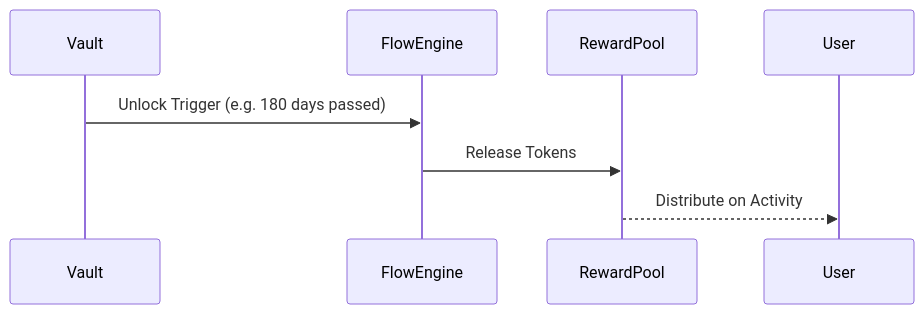
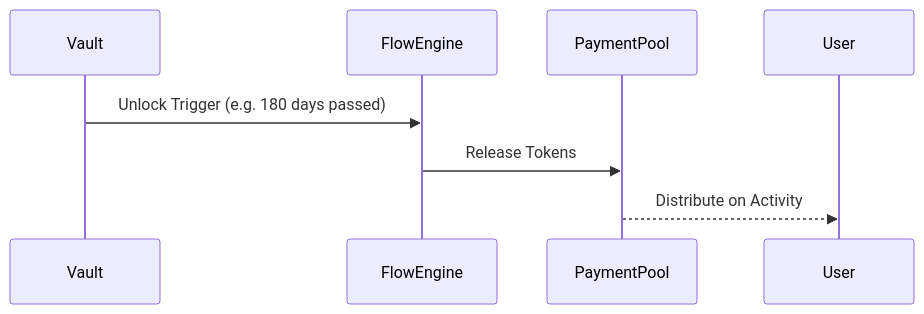
Before and after one commit to Aros-Technology-Studio/AST-Aros-Financial-Paradigm: the diagram in 04_aros_value_circulation/aroscoin_internal_flow.md, drawn with Mermaid. The commit also changed other lines of this file and 29 other files, not shown here.

````diff
--- a/04_aros_value_circulation/aroscoin_internal_flow.md
+++ b/04_aros_value_circulation/aroscoin_internal_flow.md
@@ -45,11 +45,11 @@
 ```mermaid
 sequenceDiagram
     participant Vault
     participant FlowEngine
-    participant RewardPool
+    participant PaymentPool
     participant User
 
     Vault->>FlowEngine: Unlock Trigger (e.g. 180 days passed)
-    FlowEngine->>RewardPool: Release Tokens
-    RewardPool-->>User: Distribute on Activity
+    FlowEngine->>PaymentPool: Release Tokens
+    PaymentPool-->>User: Distribute on Activity
 ```
````
